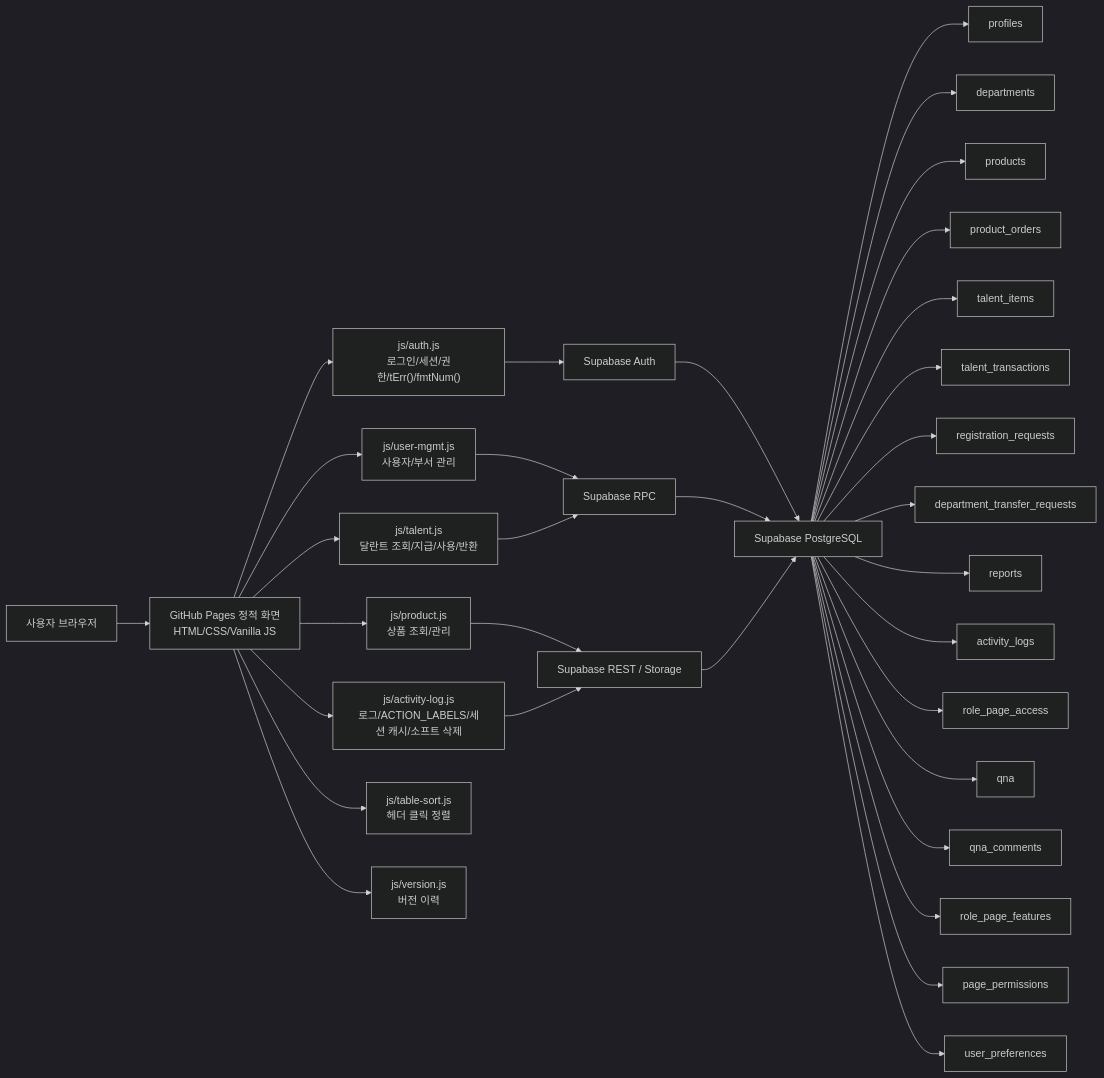
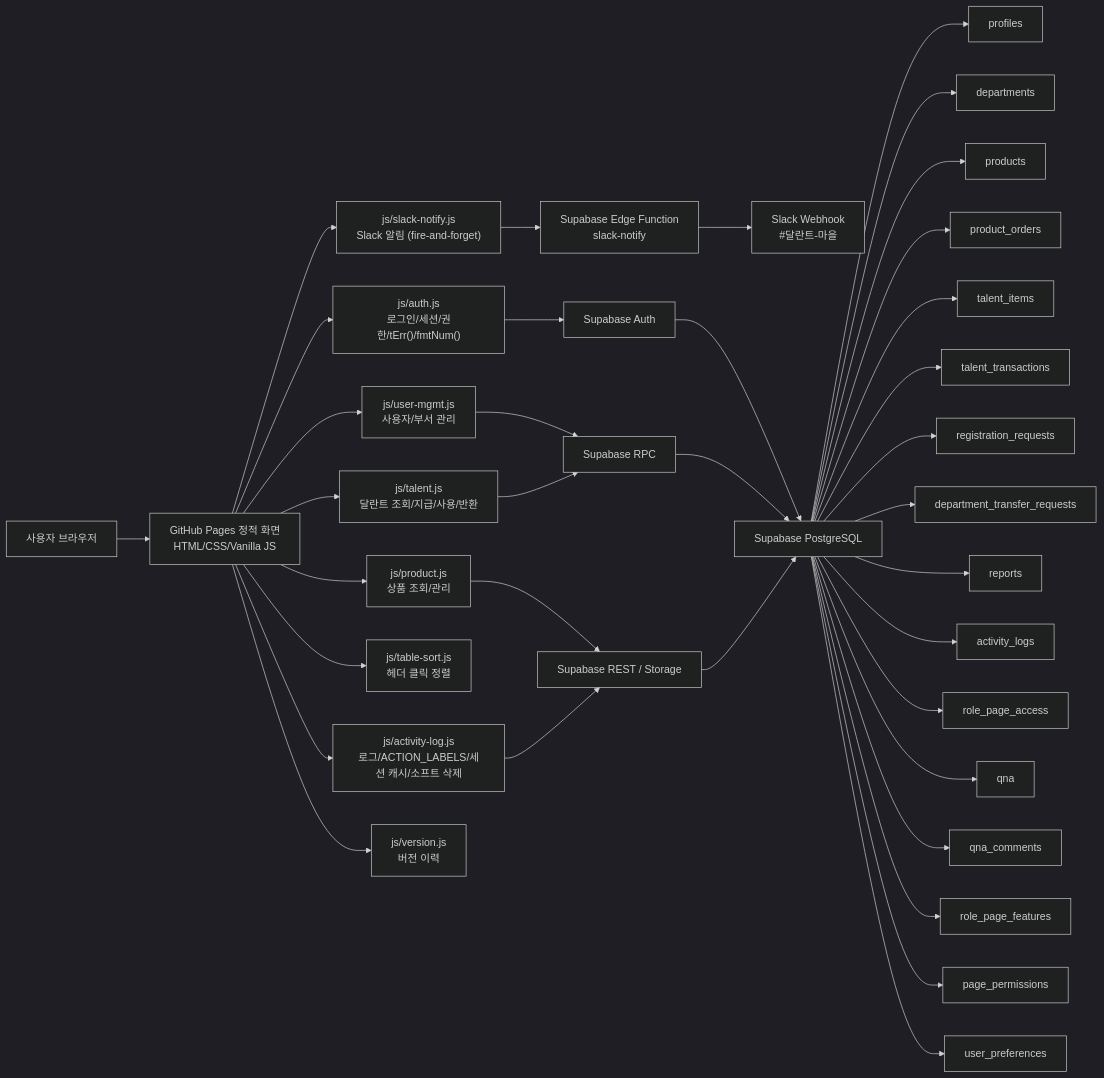
One commit to CHO-Talents/CHO-Talents changed the first of 13 diagrams in docs/PROJECT_ARCHITECTURE_FLOW.md. Above: the diagram before and after it, drawn with Mermaid (dark theme). The commit also changed other lines of this file and 40 other files, not shown here.

````diff
--- a/docs/PROJECT_ARCHITECTURE_FLOW.md
+++ b/docs/PROJECT_ARCHITECTURE_FLOW.md
@@ -24,39 +25,43 @@
 ```mermaid
 flowchart LR
   User["사용자 브라우저"] --> Pages["GitHub Pages 정적 화면<br/>HTML/CSS/Vanilla JS"]
 
   Pages --> AuthJS["js/auth.js<br/>로그인/세션/권한/tErr()/fmtNum()"]
   Pages --> LogJS["js/activity-log.js<br/>로그/ACTION_LABELS/세션 캐시/소프트 삭제"]
   Pages --> UserMgmt["js/user-mgmt.js<br/>사용자/부서 관리"]
   Pages --> TalentJS["js/talent.js<br/>달란트 조회/지급/사용/반환"]
   Pages --> ProductJS["js/product.js<br/>상품 조회/관리"]
   Pages --> TableSortJS["js/table-sort.js<br/>헤더 클릭 정렬"]
+  Pages --> SlackJS["js/slack-notify.js<br/>Slack 알림 (fire-and-forget)"]
   Pages --> VersionJS["js/version.js<br/>버전 이력"]
+
+  SlackJS --> EdgeFn["Supabase Edge Function<br/>slack-notify"]
+  EdgeFn --> Slack["Slack Webhook<br/>#달란트-마을"]
 
   AuthJS --> Auth["Supabase Auth"]
   UserMgmt --> RPC["Supabase RPC"]
   TalentJS --> RPC
   ProductJS --> Rest["Supabase REST / Storage"]
   LogJS --> Rest
 
   Auth --> DB["Supabase PostgreSQL"]
   RPC --> DB
   Rest --> DB
 
   DB --> Profiles["profiles"]
   DB --> Departments["departments"]
   DB --> Products["products"]
   DB --> Orders["product_orders"]
   DB --> Items["talent_items"]
   DB --> Transactions["talent_transactions"]
   DB --> Requests["registration_requests"]
   DB --> Transfers["department_transfer_requests"]
   DB --> Reports["reports"]
   DB --> Logs["activity_logs"]
   DB --> RoleAccess["role_page_access"]
   DB --> QnA["qna"]
   DB --> QnAComments["qna_comments"]
   DB --> RoleFeatures["role_page_features"]
   DB --> PagePerms["page_permissions"]
   DB --> UserPrefs["user_preferences"]
 ```
````
